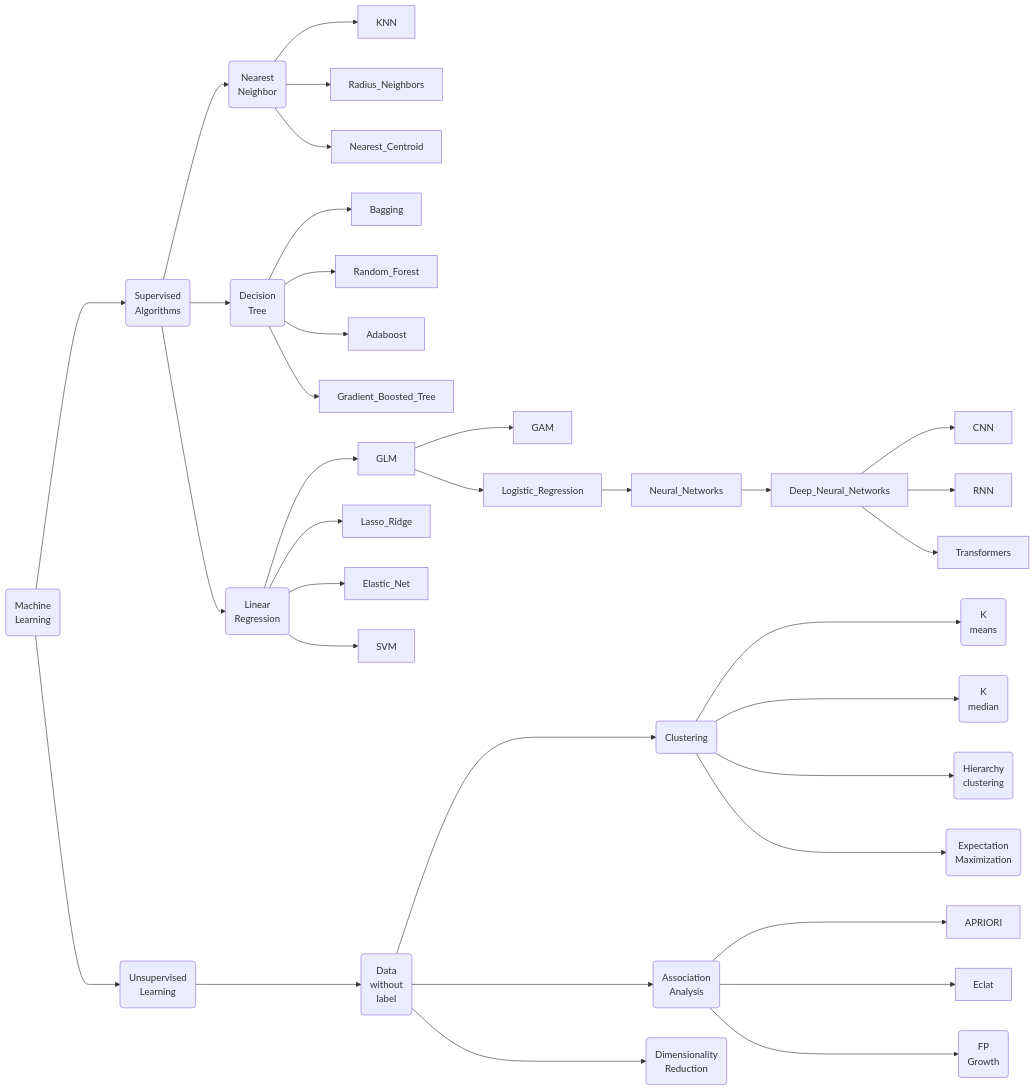
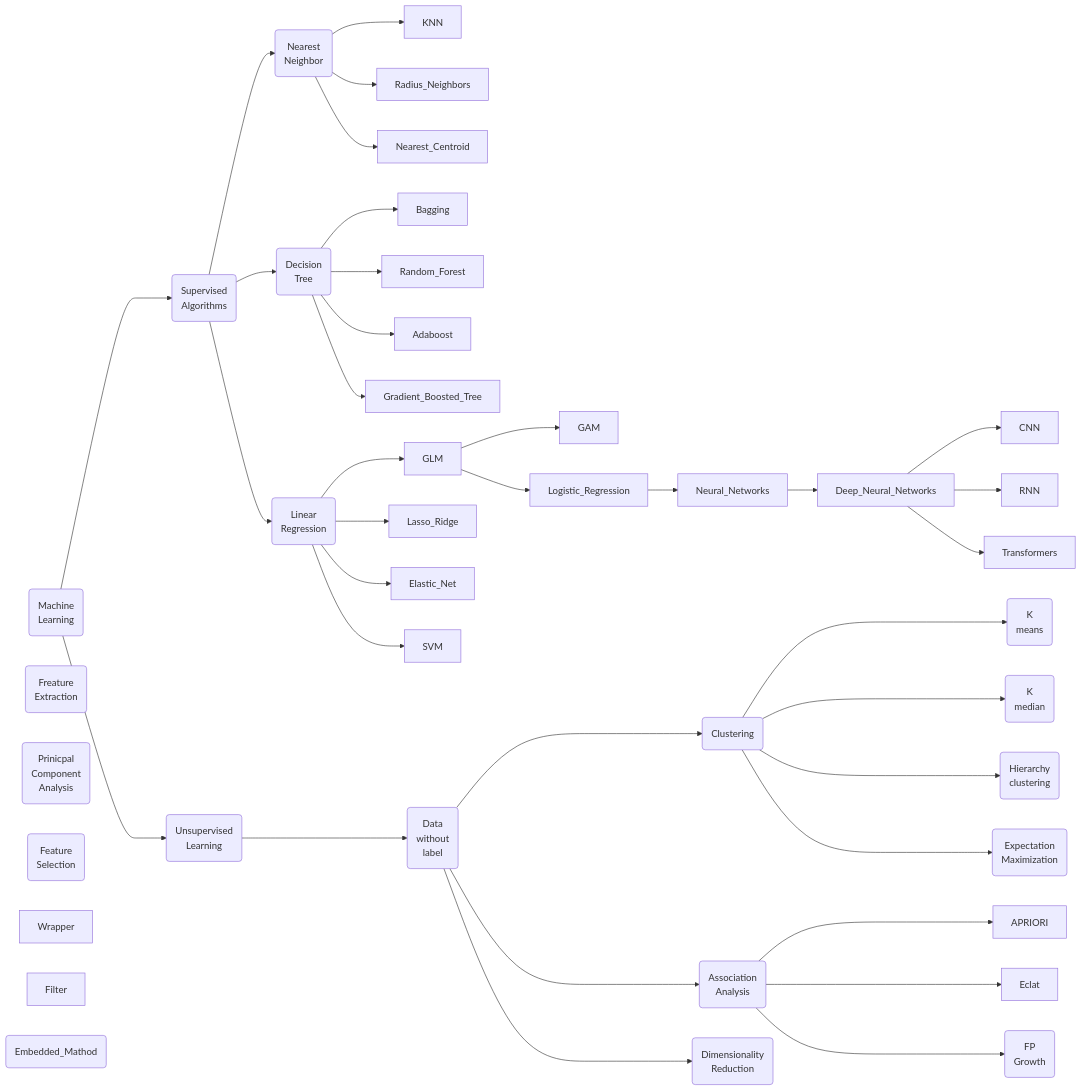
One commit to hwetsman/Public_Notes changed the diagram in ML_Tree.md. Above: the diagram before and after it, drawn with Mermaid.

Commit message:
Code: add Dimension entities

`````diff
--- a/ML_Tree.md
+++ b/ML_Tree.md
@@ -1,59 +1,65 @@
 ````mermaid
 flowchart LR
   Machine_Learning(Machine<br>Learning)
   Supervised(Supervised<br>Algorithms)
     Supervised-->Nearest(Nearest<br>Neighbor)
       Machine_Learning--->Supervised
     Nearest --> KNN
     Nearest --> Radius_Neighbors
     Nearest --> Nearest_Centroid
     Supervised --> Decision(Decision<br>Tree)
     Decision --> Bagging
     Decision --> Random_Forest
     Decision --> Adaboost
     Decision --> Gradient_Boosted_Tree
     Supervised --> Linear(Linear<br>Regression)
     Linear --> GLM
     GLM --> GAM
     GLM --> Logistic_Regression
     Logistic_Regression --> Neural_Networks
     Neural_Networks --> Deep_Neural_Networks
     Deep_Neural_Networks --> CNN
     Deep_Neural_Networks --> RNN
     Deep_Neural_Networks --> Transformers
     Linear --> Lasso_Ridge
     Linear --> Elastic_Net
     Linear --> SVM
 
     Unsupervised(Unsupervised<br>Learning)
       Machine_Learning--->Unsupervised
         Data(Data<br>without<br>label)
         Unsupervised--->Data
 
         clustering(Clustering)
           Data--->clustering
           K_mean(K<br>means)
             clustering--->K_mean
           K_med(K<br>median)
             clustering--->K_med
           hierarchy(Hierarchy<br>clustering)
             clustering--->hierarchy
           Expectation(Expectation<br>Maximization)
             clustering--->Expectation
 
         Association(Association<br>Analysis)
           Data--->Association
           APRIORI
             Association--->APRIORI
           Eclat
             Association--->Eclat
           FP(FP<br>Growth)
             Association--->FP
 
         Dimension(Dimensionality<br>Reduction)
           Data--->Dimension
+          Feature(Freature<br>Extraction)
+            PCA(Prinicpal<br>Component<br>Analysis)
+          Selection(Feature<br>Selection)
+            Wrapper
+            Filter
+            Embedded(Embedded_Mathod)
       
 
 
 
 ````
`````
